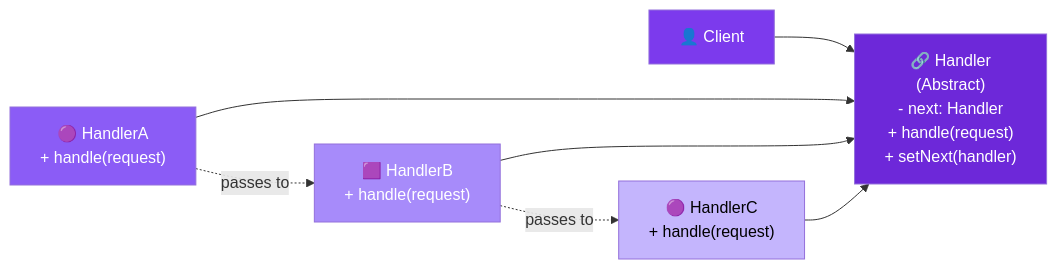
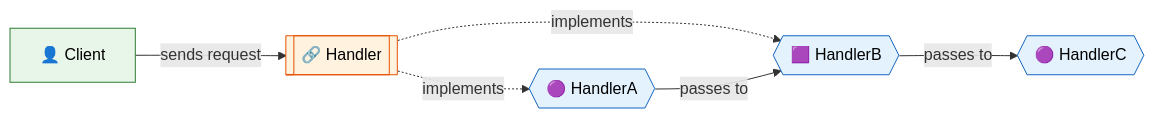
Before and after one commit to saivamsikaruturi/vamsilabs-dev-notes-main: the second of 3 diagrams in docs/designpatterns/behaviouralDesignPatterns/ChainOfResponsibilityDesignPattern.md, drawn with Mermaid. The commit also changed other lines of this file and 42 other files, not shown here.

````diff
--- a/docs/designpatterns/behaviouralDesignPatterns/ChainOfResponsibilityDesignPattern.md
+++ b/docs/designpatterns/behaviouralDesignPatterns/ChainOfResponsibilityDesignPattern.md
@@ -34,21 +32,14 @@
 ```mermaid
 flowchart LR
-    Client["👤 Client"]
-    Handler["🔗 Handler\n(Abstract)\n- next: Handler\n+ handle(request)\n+ setNext(handler)"]
-    HandlerA["🟣 HandlerA\n+ handle(request)"]
-    HandlerB["🟪 HandlerB\n+ handle(request)"]
-    HandlerC["🟣 HandlerC\n+ handle(request)"]
+    Client["👤 Client"] -->|"sends request"| Handler[["🔗 Handler"]]
+    Handler -.->|"implements"| HandlerA{{"🟣 HandlerA"}}
+    Handler -.->|"implements"| HandlerB{{"🟪 HandlerB"}}
+    HandlerA -->|"passes to"| HandlerB
+    HandlerB -->|"passes to"| HandlerC{{"🟣 HandlerC"}}
 
-    Client --> Handler
-    HandlerA --> Handler
-    HandlerB --> Handler
-    HandlerC --> Handler
-    HandlerA -.->|"passes to"| HandlerB
-    HandlerB -.->|"passes to"| HandlerC
-
-    style Client fill:#7c3aed,color:#fff
-    style Handler fill:#6d28d9,color:#fff
-    style HandlerA fill:#8b5cf6,color:#fff
-    style HandlerB fill:#a78bfa,color:#fff
-    style HandlerC fill:#c4b5fd,color:#000
+    style Client fill:#E8F5E9,stroke:#2E7D32,color:#000
+    style Handler fill:#FFF3E0,stroke:#E65100,color:#000
+    style HandlerA fill:#E3F2FD,stroke:#1565C0,color:#000
+    style HandlerB fill:#E3F2FD,stroke:#1565C0,color:#000
+    style HandlerC fill:#E3F2FD,stroke:#1565C0,color:#000
 ```
````
